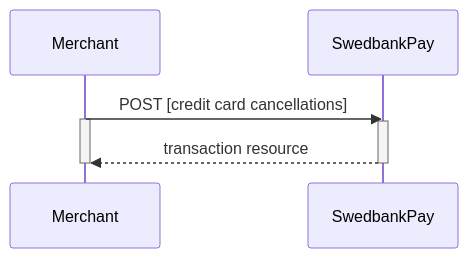
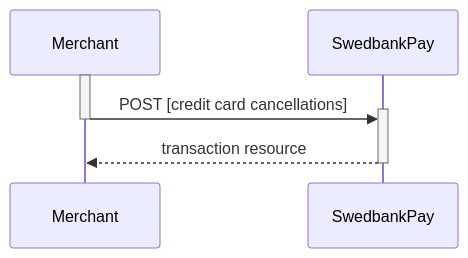
The ninth of 10 diagrams in payments/credit-card/after-payment.md (SwedbankPay/developer.swedbankpay.com), drawn with Mermaid before and after one commit. The commit also changed other lines of this file, not shown here.

Commit message:
DX-406 added descriptions of properties, fixed sequence diagrams, added code fences, typo fix, and added links

````diff
--- a/payments/credit-card/after-payment.md
+++ b/payments/credit-card/after-payment.md
@@ -702,9 +781,8 @@
 ```mermaid
 sequenceDiagram
-  Merchant->>SwedbankPay: POST [credit card cancellations]
   activate Merchant
-  activate SwedbankPay
+  Merchant->>+SwedbankPay: POST [credit card cancellations]
+  deactivate Merchant
   SwedbankPay-->>Merchant: transaction resource
   deactivate SwedbankPay
-  deactivate Merchant
 ```
````
